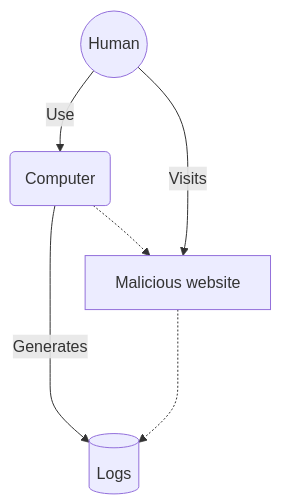
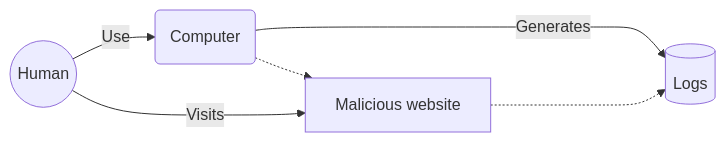
One commit to lnfernux/lnfernux.github.io changed the first of 4 diagrams in _posts/2024-01-31-AutomatingSecurityMonitoring1.md. Above: the diagram before and after it, drawn with Mermaid. The commit also changed other lines of this file, not shown here.

````diff
--- a/_posts/2024-01-31-AutomatingSecurityMonitoring1.md
+++ b/_posts/2024-01-31-AutomatingSecurityMonitoring1.md
@@ -45,8 +45,8 @@
 ```mermaid
-graph TD
+graph LR
 C(Computer) --> |Generates| L[(Logs)]
 H((Human)) --> |Use| C
 H --> |Visits| M[Malicious website]
 C -.-> M
 M -..-> L
 ```
````
